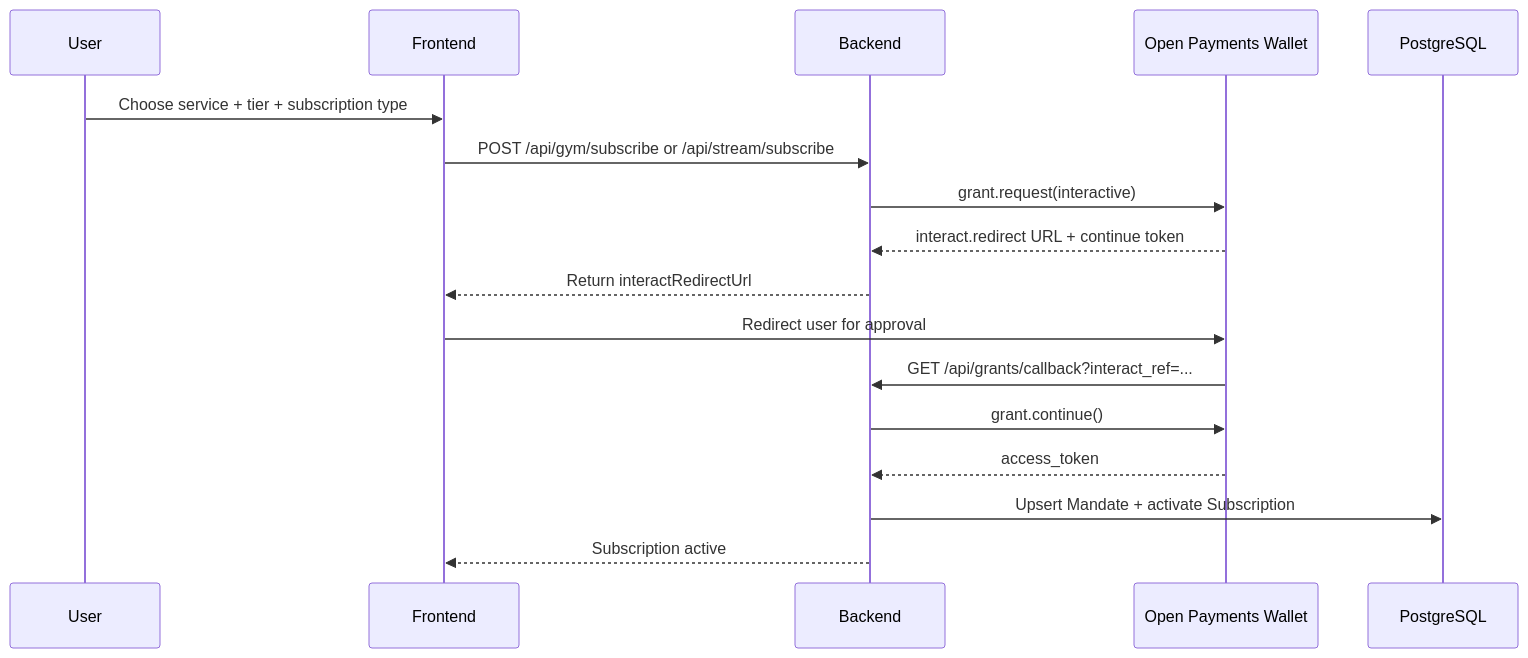
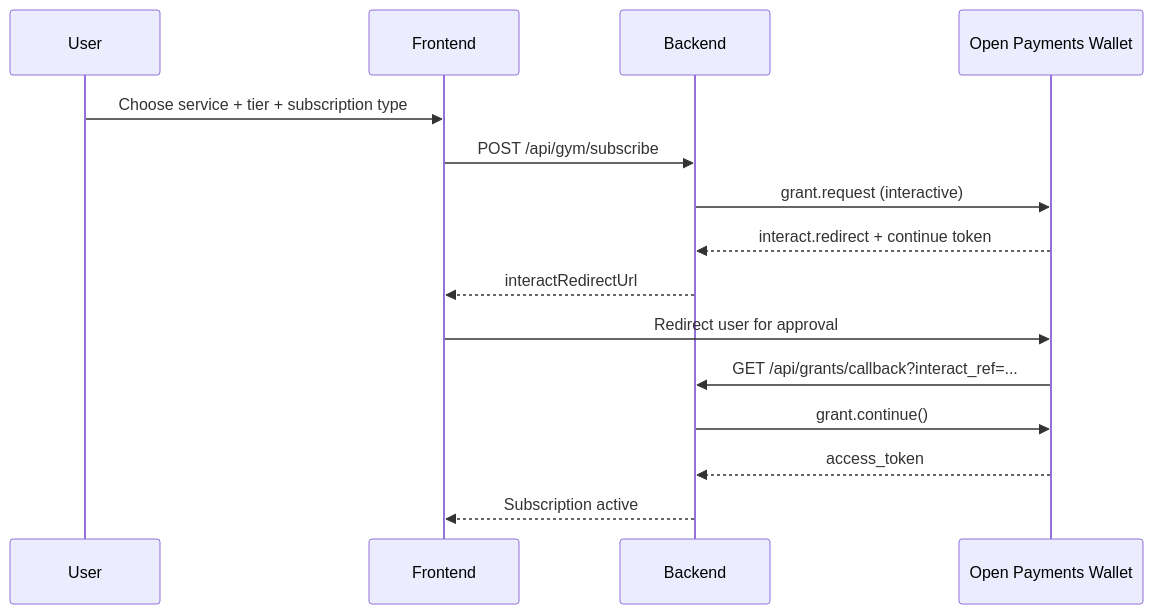
Before and after one commit to learningwithshaun/PavelPayments: the fifth of 7 diagrams in README.md, drawn with Mermaid. The commit also changed other lines of this file and 7 other files, not shown here.

````diff
--- a/README.md
+++ b/README.md
@@ -109,20 +192,18 @@
 ```mermaid
 sequenceDiagram
   participant User
   participant Frontend
   participant Backend
   participant Wallet as Open Payments Wallet
-  participant DB as PostgreSQL
 
   User->>Frontend: Choose service + tier + subscription type
-  Frontend->>Backend: POST /api/gym/subscribe or /api/stream/subscribe
-  Backend->>Wallet: grant.request(interactive)
-  Wallet-->>Backend: interact.redirect URL + continue token
-  Backend-->>Frontend: Return interactRedirectUrl
+  Frontend->>Backend: POST /api/gym/subscribe
+  Backend->>Wallet: grant.request (interactive)
+  Wallet-->>Backend: interact.redirect + continue token
+  Backend-->>Frontend: interactRedirectUrl
   Frontend->>Wallet: Redirect user for approval
   Wallet->>Backend: GET /api/grants/callback?interact_ref=...
   Backend->>Wallet: grant.continue()
   Wallet-->>Backend: access_token
-  Backend->>DB: Upsert Mandate + activate Subscription
   Backend-->>Frontend: Subscription active
 ```
````
